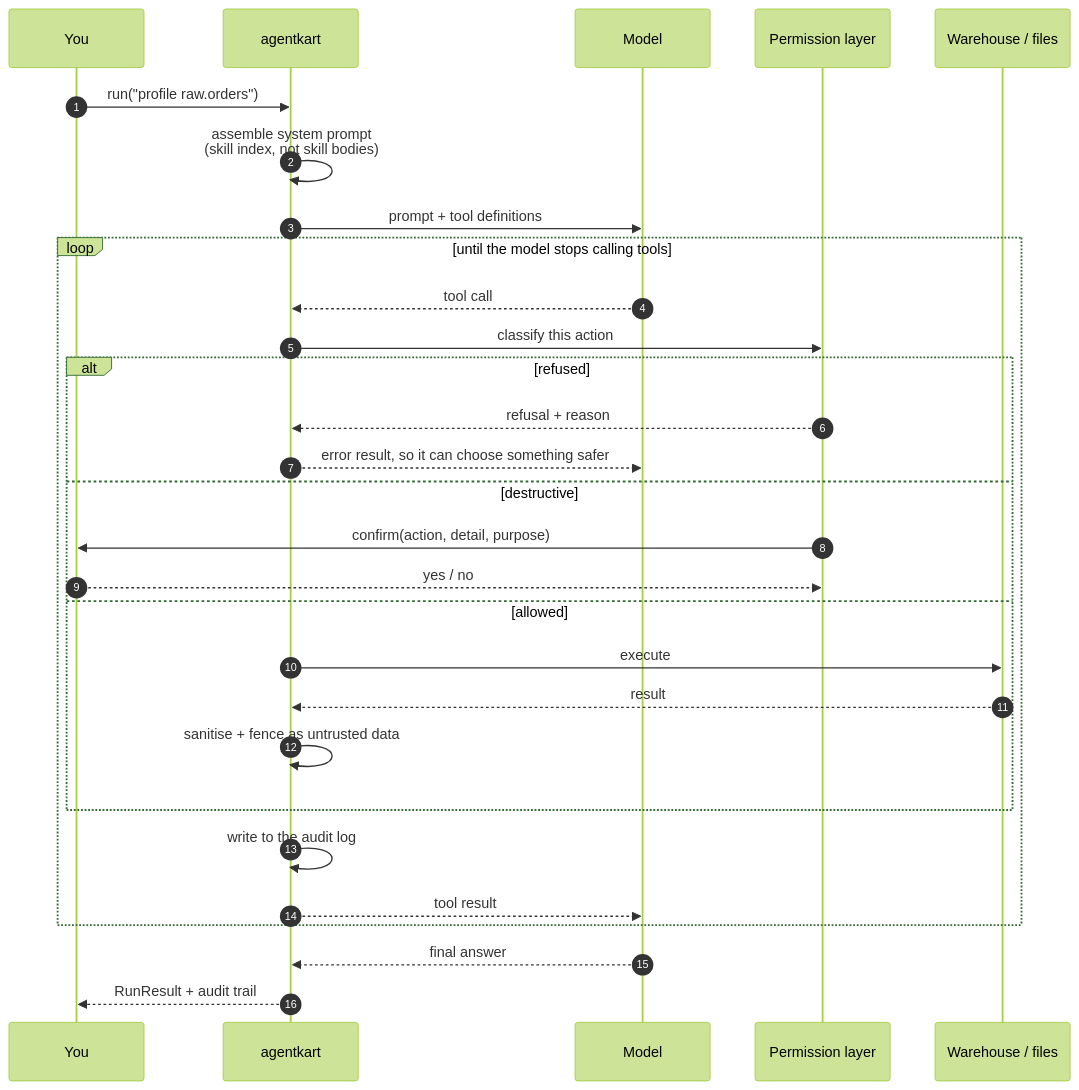
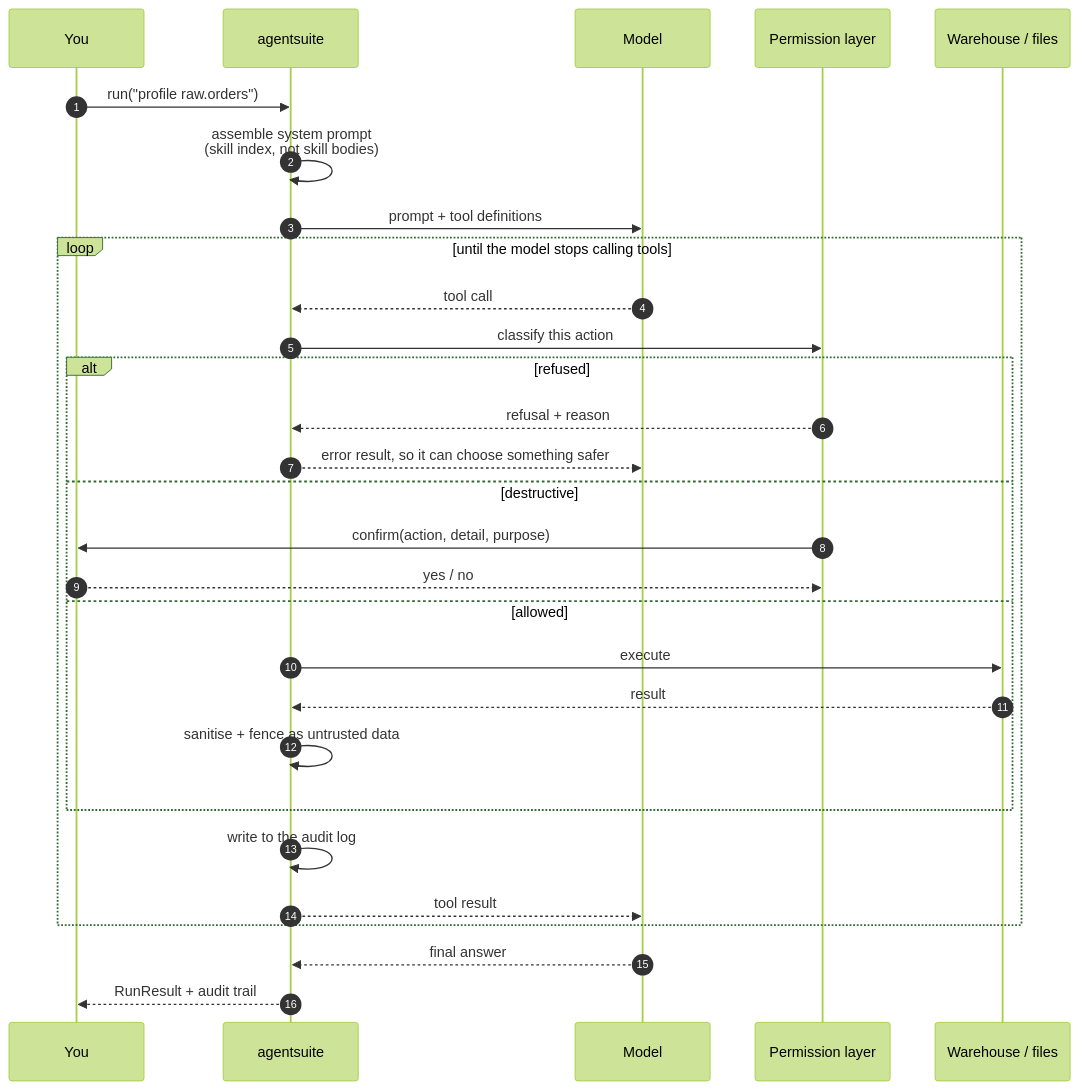
One commit to sumit-gupta03/agentsuite changed the second of 7 diagrams in README.md. Above: the diagram before and after it, drawn with Mermaid (forest theme). The commit also changed other lines of this file and 130 other files, not shown here.

First line of the commit message:
Rename the package from agentkart to agentsuite

````diff
--- a/README.md
+++ b/README.md
@@ -105,34 +105,34 @@
 ```mermaid
 sequenceDiagram
     autonumber
     participant You
-    participant Agent as agentkart
+    participant Agent as agentsuite
     participant LLM as Model
     participant Policy as Permission layer
     participant World as Warehouse / files
 
     You->>Agent: run("profile raw.orders")
     Agent->>Agent: assemble system prompt<br/>(skill index, not skill bodies)
     Agent->>LLM: prompt + tool definitions
 
     loop until the model stops calling tools
         LLM-->>Agent: tool call
         Agent->>Policy: classify this action
         alt refused
             Policy-->>Agent: refusal + reason
             Agent-->>LLM: error result, so it can choose something safer
         else destructive
             Policy->>You: confirm(action, detail, purpose)
             You-->>Policy: yes / no
         else allowed
             Agent->>World: execute
             World-->>Agent: result
             Agent->>Agent: sanitise + fence as untrusted data
         end
         Agent->>Agent: write to the audit log
         Agent-->>LLM: tool result
     end
 
     LLM-->>Agent: final answer
     Agent-->>You: RunResult + audit trail
 ```
````
